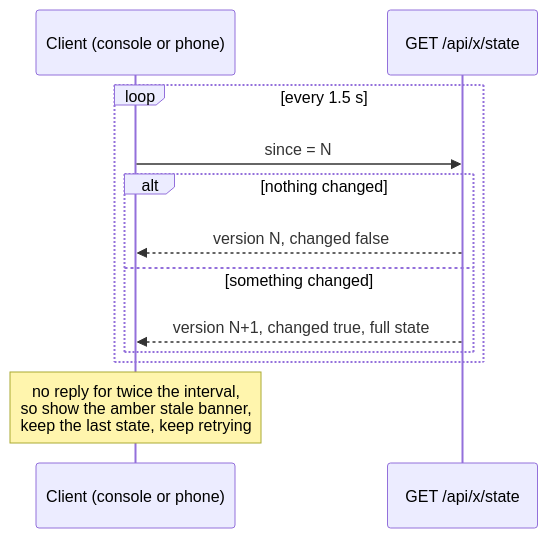
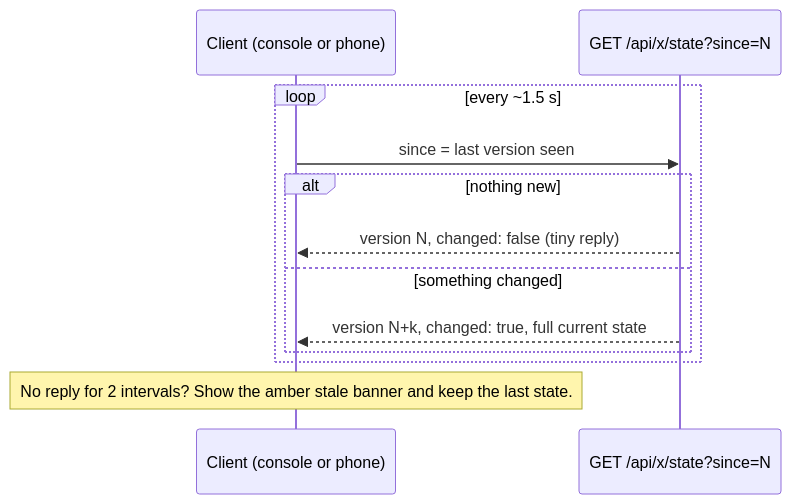
The fourth of 9 diagrams in README.md (Sagar44-Github/precog-platform), drawn with Mermaid before and after one commit. The commit also changed other lines of this file and 5 other files, not shown here.

````diff
--- a/README.md
+++ b/README.md
@@ -404,15 +471,14 @@
 ```mermaid
 sequenceDiagram
     participant C as Client (console or phone)
-    participant S as GET /api/x/state
-
-    loop every 1.5 s
-        C->>S: since = N
-        alt nothing changed
-            S-->>C: version N, changed false
+    participant S as GET /api/x/state?since=N
+    loop every ~1.5 s
+        C->>S: since = last version seen
+        alt nothing new
+            S-->>C: version N, changed: false (tiny reply)
         else something changed
-            S-->>C: version N+1, changed true, full state
+            S-->>C: version N+k, changed: true, full current state
         end
     end
-    Note over C: no reply for twice the interval,<br/>so show the amber stale banner,<br/>keep the last state, keep retrying
+    Note over C: No reply for 2 intervals? Show the amber stale banner and keep the last state.
 ```
````
